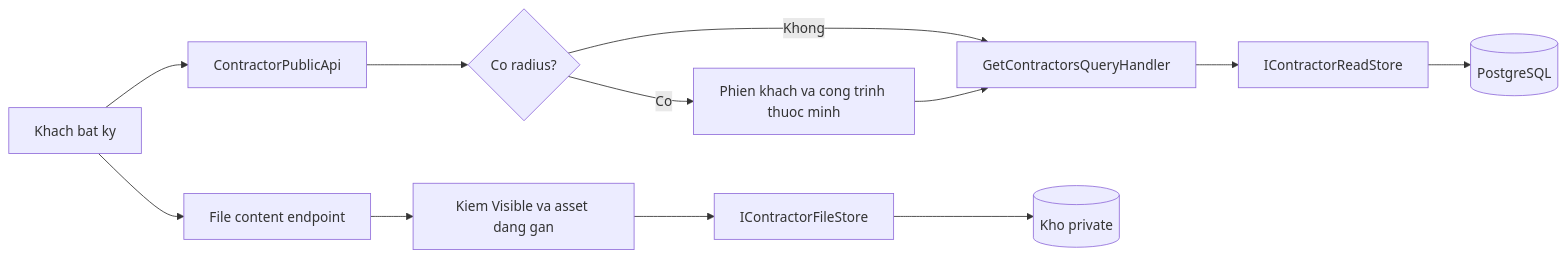
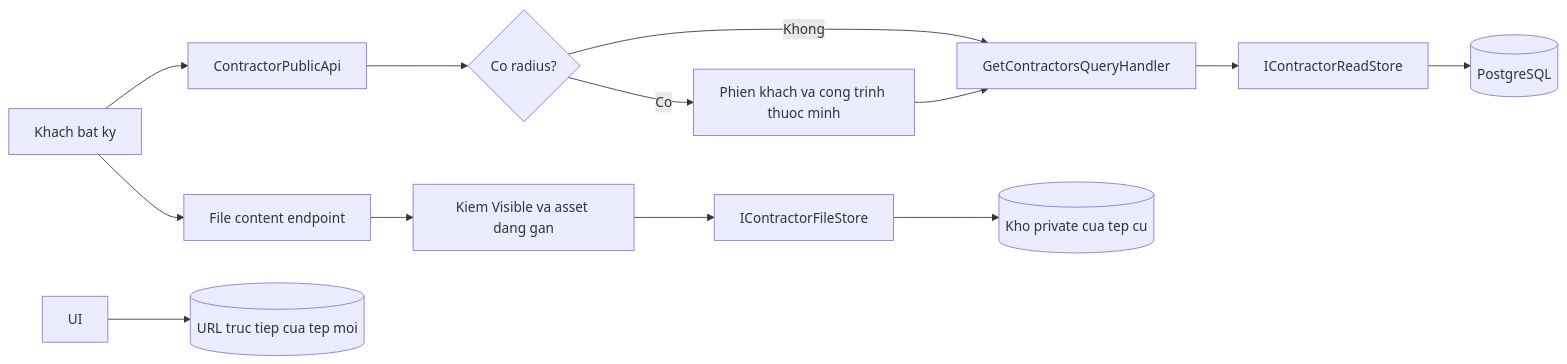
Before and after one commit to TaskCoper/bmt-documentation: the first of 5 diagrams in tdd/TDD-CTR-002.md, drawn with Mermaid. The commit also changed other lines of this file and 14 other files, not shown here.

````diff
--- a/tdd/TDD-CTR-002.md
+++ b/tdd/TDD-CTR-002.md
@@ -77,14 +77,15 @@
 ```mermaid
 flowchart LR
     V[Khach bat ky] --> API[ContractorPublicApi]
     API --> Gate{Co radius?}
     Gate -->|Co| Auth[Phien khach va cong trinh thuoc minh]
     Gate -->|Khong| Query[GetContractorsQueryHandler]
     Auth --> Query
     Query --> Read[IContractorReadStore]
     Read --> DB[(PostgreSQL)]
     V --> File[File content endpoint]
     File --> Visible[Kiem Visible va asset dang gan]
     Visible --> Store[IContractorFileStore]
-    Store --> Private[(Kho private)]
+    Store --> Legacy[(Kho private cua tep cu)]
+    UI --> Public[(URL truc tiep cua tep moi)]
 ```
````
